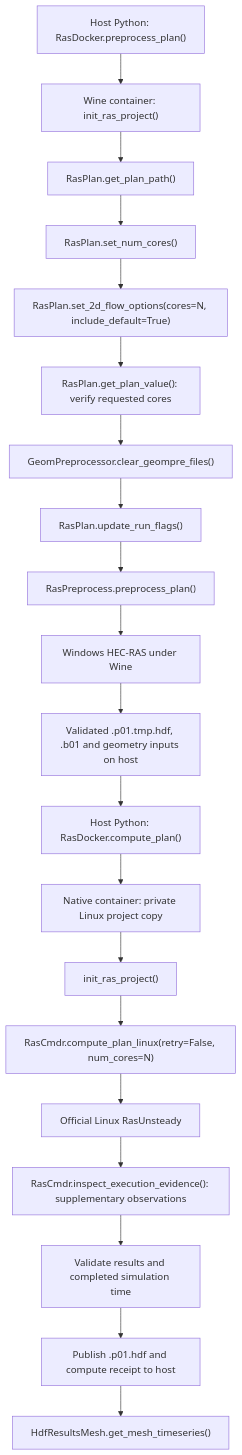
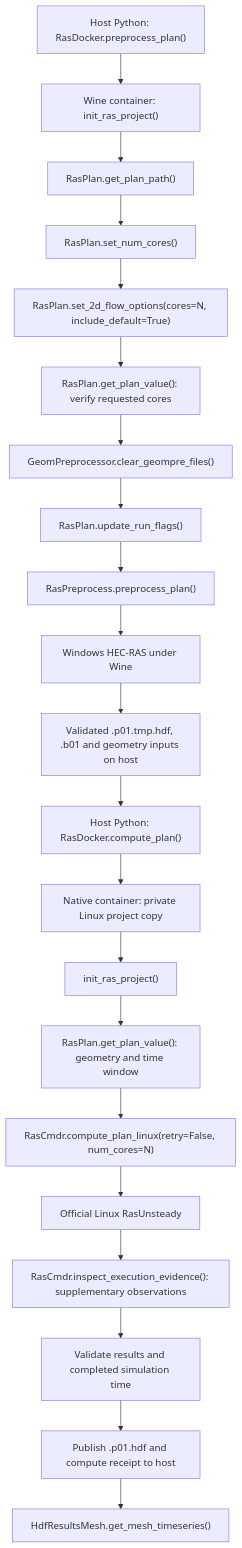
One commit to gpt-cmdr/ras-commander changed the diagram in docs/user-guide/container-execution.md. Above: the diagram before and after it, drawn with Mermaid. The commit also changed other lines of this file and 6 other files, not shown here.

````diff
--- a/docs/user-guide/container-execution.md
+++ b/docs/user-guide/container-execution.md
@@ -284,22 +273,23 @@
 ```mermaid
 flowchart TD
     P["Host Python: RasDocker.preprocess_plan()"] --> W["Wine container: init_ras_project()"]
     W --> G["RasPlan.get_plan_path()"]
     G --> CPU["RasPlan.set_num_cores()"]
     CPU --> CPU2D["RasPlan.set_2d_flow_options(cores=N, include_default=True)"]
     CPU2D --> CHECK["RasPlan.get_plan_value(): verify requested cores"]
     CHECK --> C["GeomPreprocessor.clear_geompre_files()"]
     C --> F["RasPlan.update_run_flags()"]
     F --> PRE["RasPreprocess.preprocess_plan()"]
     PRE --> H["Windows HEC-RAS under Wine"]
     H --> T["Validated .p01.tmp.hdf, .b01 and geometry inputs on host"]
     T --> D["Host Python: RasDocker.compute_plan()"]
     D --> S["Native container: private Linux project copy"]
     S --> INIT["init_ras_project()"]
-    INIT --> N["RasCmdr.compute_plan_linux(retry=False, num_cores=N)"]
+    INIT --> PLAN["RasPlan.get_plan_value(): geometry and time window"]
+    PLAN --> N["RasCmdr.compute_plan_linux(retry=False, num_cores=N)"]
     N --> R["Official Linux RasUnsteady"]
     R --> E["RasCmdr.inspect_execution_evidence(): supplementary observations"]
     E --> V["Validate results and completed simulation time"]
     V --> O["Publish .p01.hdf and compute receipt to host"]
     O --> Q["HdfResultsMesh.get_mesh_timeseries()"]
 ```
````
